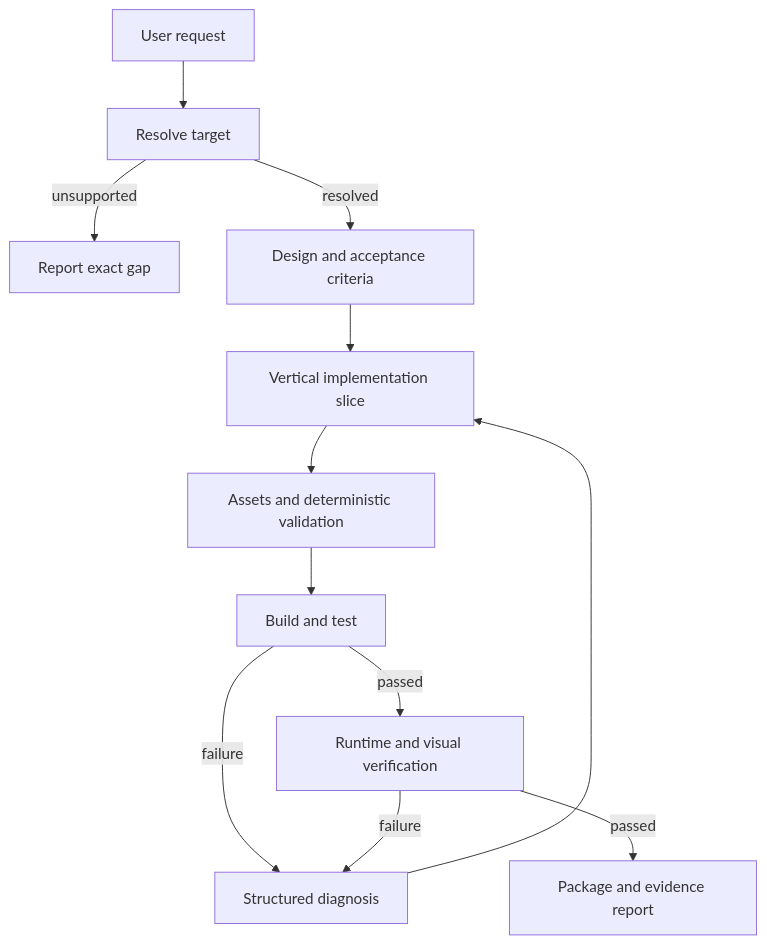
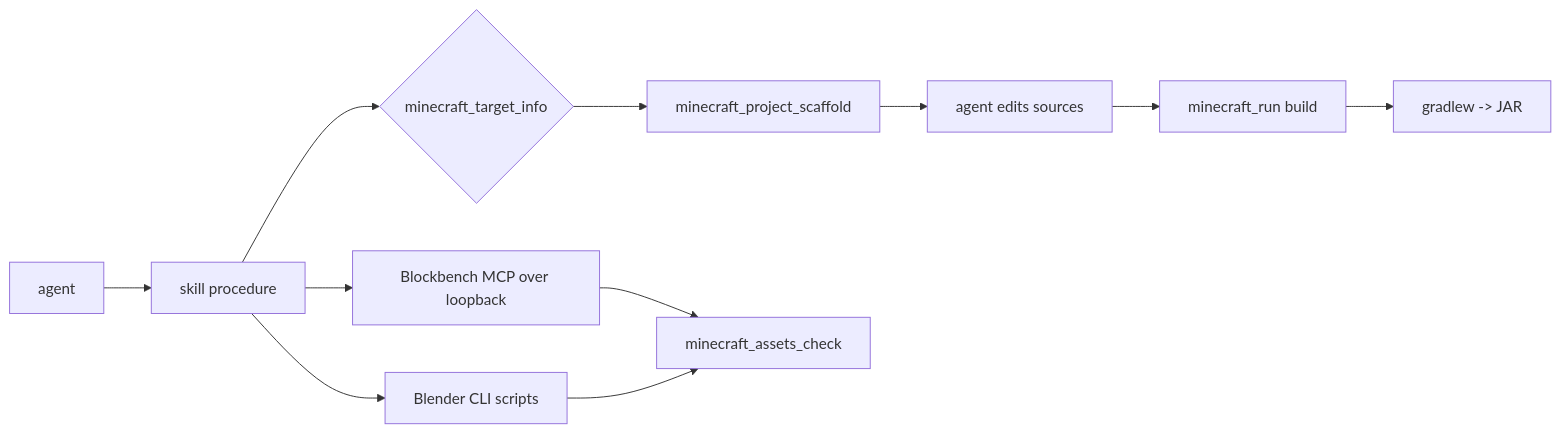
Before and after one commit to lukavtz/voxellume: the diagram in docs/ARCHITECTURE.md, drawn with Mermaid. The commit also changed other lines of this file and 1445 other files, not shown here.

````diff
--- a/docs/ARCHITECTURE.md
+++ b/docs/ARCHITECTURE.md
@@ -223,14 +63,13 @@
 ```mermaid
-flowchart TD
-    A[User request] --> B[Resolve target]
-    B -->|unsupported| X[Report exact gap]
-    B -->|resolved| C[Design and acceptance criteria]
-    C --> D[Vertical implementation slice]
-    D --> E[Assets and deterministic validation]
-    E --> F[Build and test]
-    F -->|failure| G[Structured diagnosis]
-    G --> D
-    F -->|passed| H[Runtime and visual verification]
-    H -->|failure| G
-    H -->|passed| I[Package and evidence report]
+flowchart LR
+  A[agent] --> B[skill procedure]
+  B --> C{minecraft_target_info}
+  C --> D[minecraft_project_scaffold]
+  D --> E[agent edits sources]
+  E --> F[minecraft_run build]
+  F --> G[gradlew -> JAR]
+  B --> H[Blockbench MCP over loopback]
+  B --> I[Blender CLI scripts]
+  H --> J[minecraft_assets_check]
+  I --> J
 ```
````
